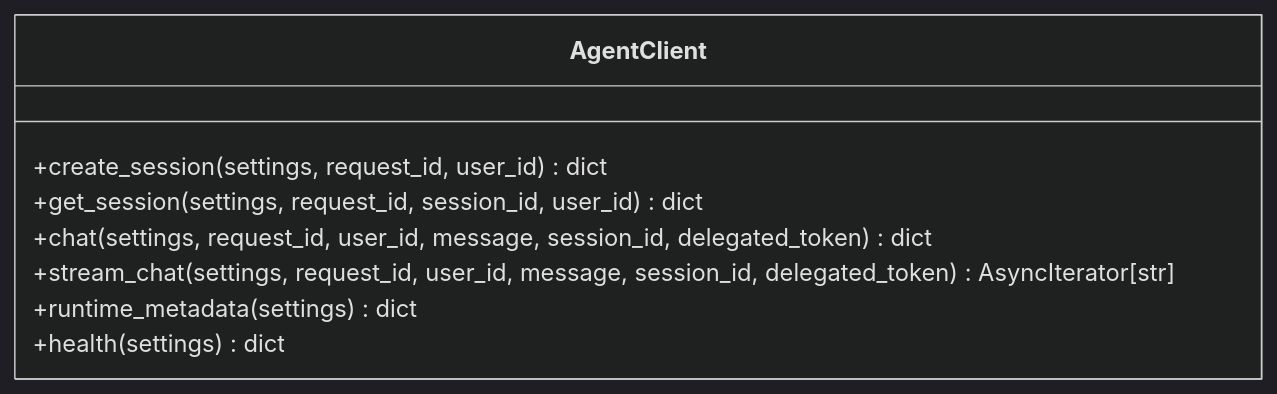
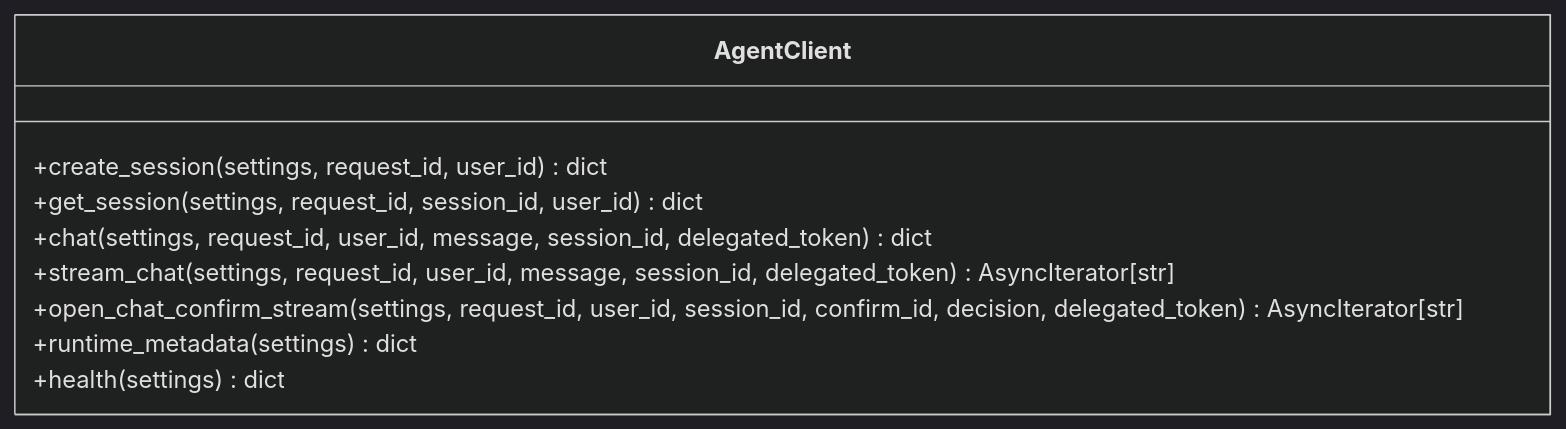
Diagram 11 of 16 in .qoder/repowiki/en/content/Architecture Documentation/Platform Gateway Service.md (metasync/luban-aiops), drawn with Mermaid (dark theme) before and after one commit. The commit also changed other lines of this file and 24 other files, not shown here.

````diff
--- a/.qoder/repowiki/en/content/Architecture Documentation/Platform Gateway Service.md
+++ b/.qoder/repowiki/en/content/Architecture Documentation/Platform Gateway Service.md
@@ -561,11 +649,12 @@
 ```mermaid
 classDiagram
 class AgentClient {
 +create_session(settings, request_id, user_id) dict
 +get_session(settings, request_id, session_id, user_id) dict
 +chat(settings, request_id, user_id, message, session_id, delegated_token) dict
 +stream_chat(settings, request_id, user_id, message, session_id, delegated_token) AsyncIterator[str]
++open_chat_confirm_stream(settings, request_id, user_id, session_id, confirm_id, decision, delegated_token) AsyncIterator[str]
 +runtime_metadata(settings) dict
 +health(settings) dict
 }
 ```
````
